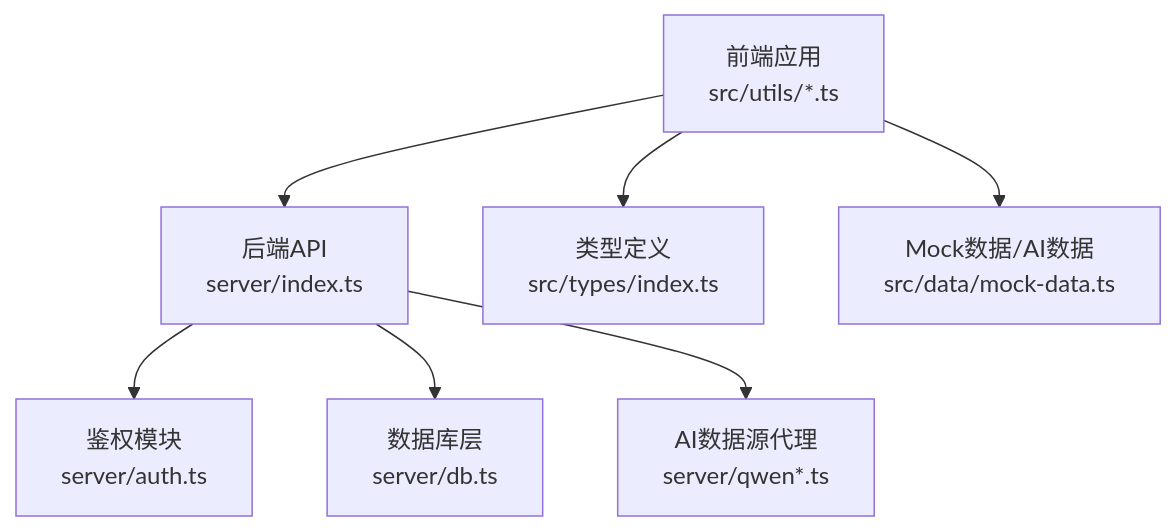
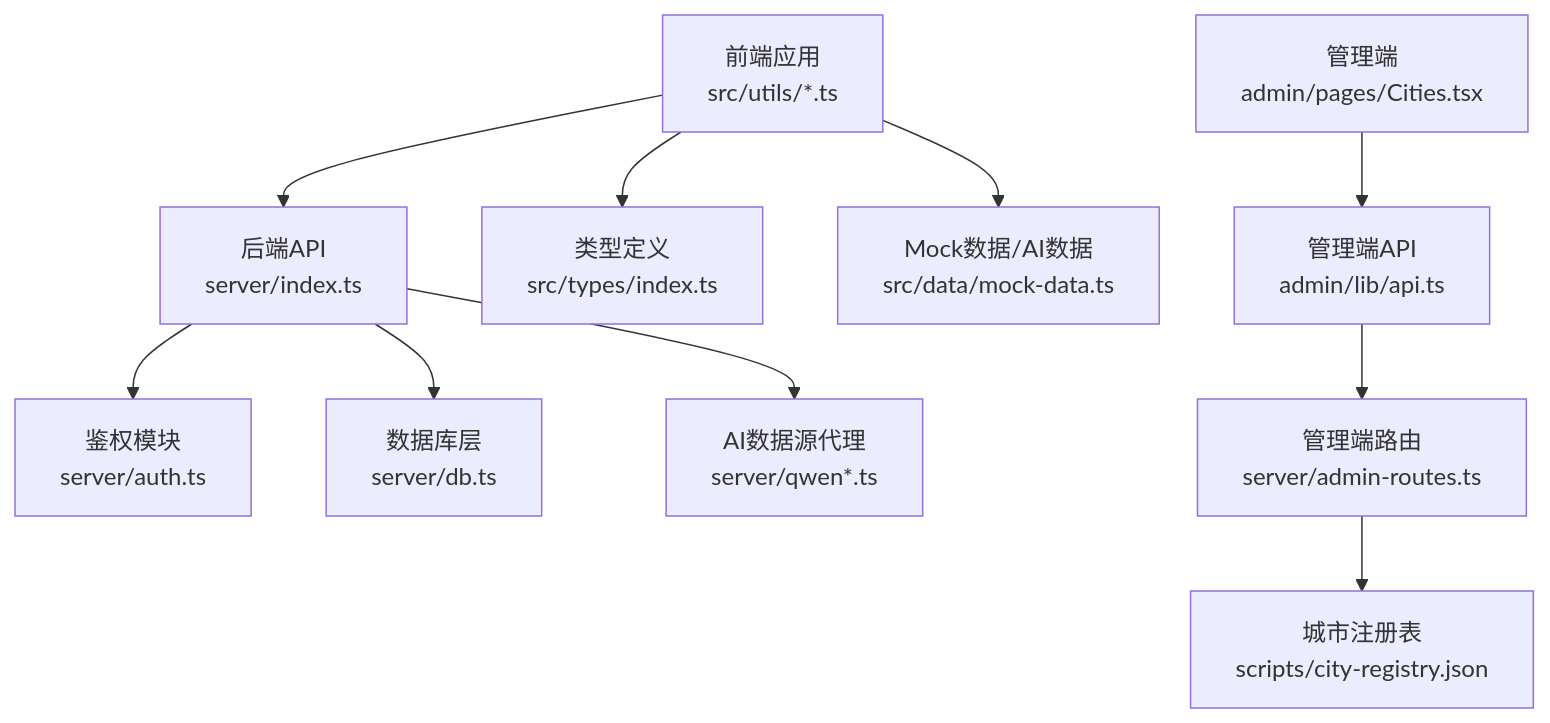
The first of 3 diagrams in .qoder/repowiki/zh/content/API参考文档/客户端API.md (ititjjy/AITrip-plan), drawn with Mermaid before and after one commit. The commit also changed other lines of this file and 144 other files, not shown here.

First line of the commit message:
deploy: sync 37 cities POI data + latest code to server

````diff
--- a/.qoder/repowiki/zh/content/API参考文档/客户端API.md
+++ b/.qoder/repowiki/zh/content/API参考文档/客户端API.md
@@ -39,9 +44,12 @@
 ```mermaid
 graph TB
 FE["前端应用<br/>src/utils/*.ts"] --> API["后端API<br/>server/index.ts"]
 API --> AUTH["鉴权模块<br/>server/auth.ts"]
 API --> DB["数据库层<br/>server/db.ts"]
 API --> QWEN["AI数据源代理<br/>server/qwen*.ts"]
 FE --> MODELS["类型定义<br/>src/types/index.ts"]
 FE --> MOCK["Mock数据/AI数据<br/>src/data/mock-data.ts"]
+ADMIN["管理端<br/>admin/pages/Cities.tsx"] --> ADMIN_API["管理端API<br/>admin/lib/api.ts"]
+ADMIN_API --> ADMIN_ROUTES["管理端路由<br/>server/admin-routes.ts"]
+ADMIN_ROUTES --> CITY_REGISTRY["城市注册表<br/>scripts/city-registry.json"]
 ```
````
